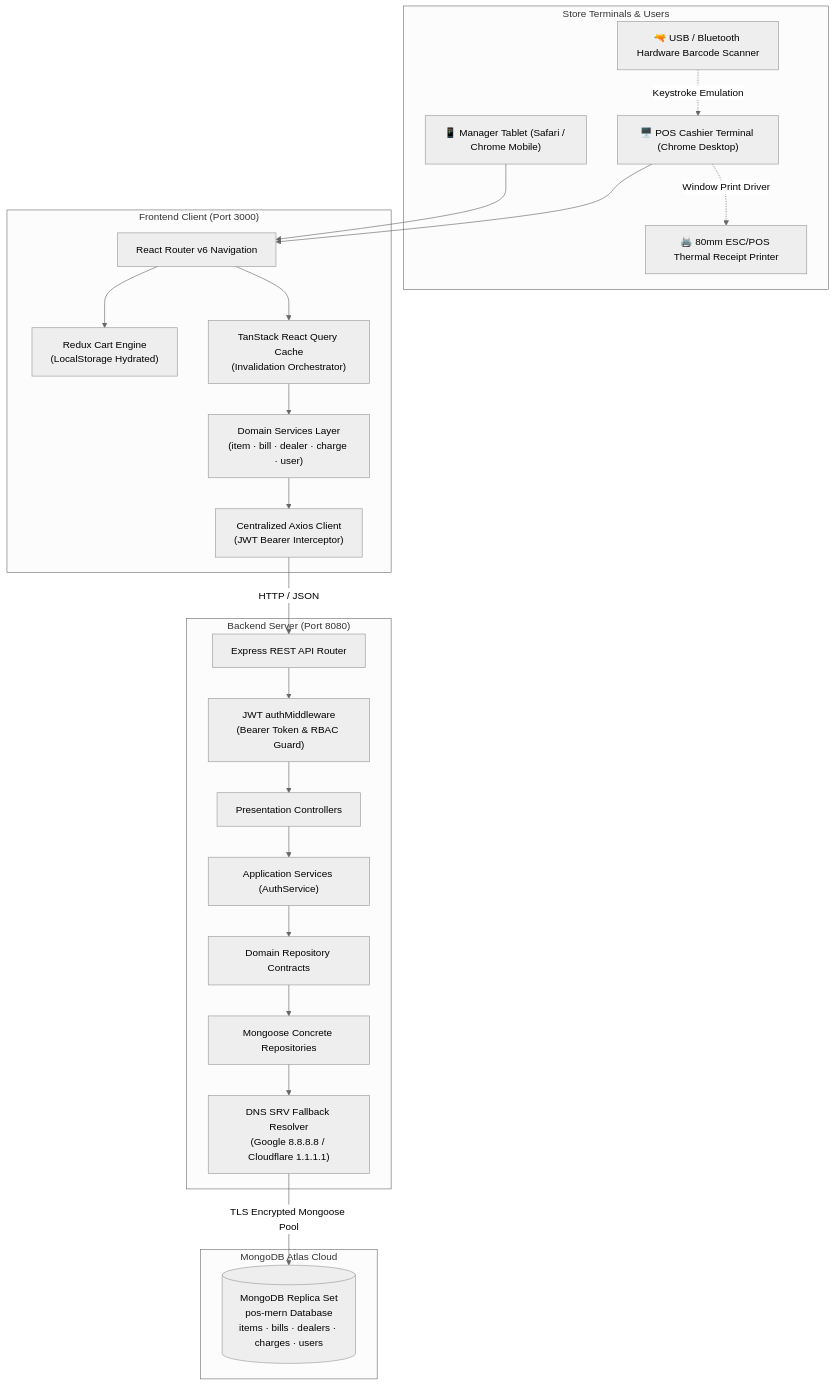
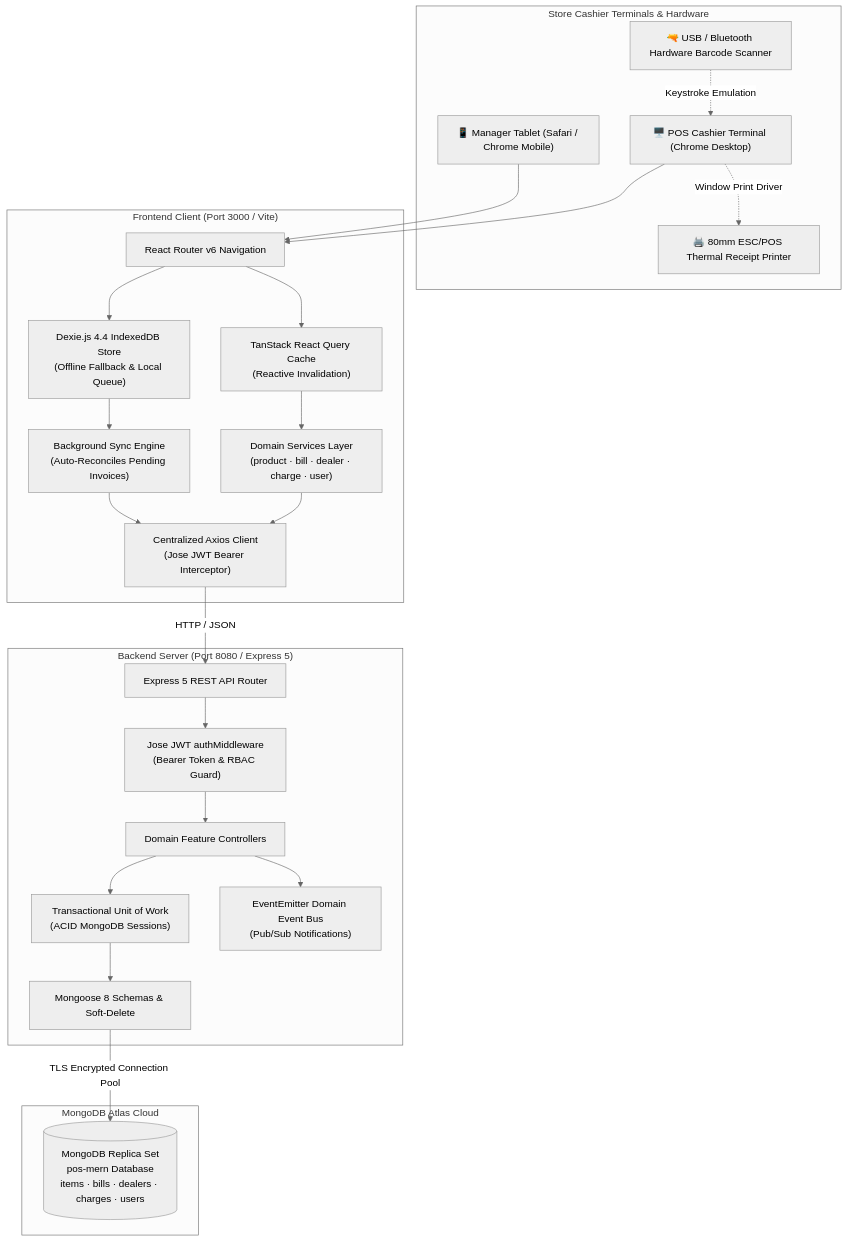
Before and after one commit to Haiderali445/mern-pos: the first of 4 diagrams in README.md, drawn with Mermaid (neutral theme). The commit also changed other lines of this file and 126 other files, not shown here.

Commit message:
feat(monorepo): sync Express 5 modular backend, React 18 client templates, and audit trail drawer

````diff
--- a/README.md
+++ b/README.md
@@ -112,49 +105,50 @@
 ```mermaid
 graph TB
-    subgraph Users["Store Terminals & Users"]
+    subgraph Terminals["Store Cashier Terminals & Hardware"]
         Desktop["🖥️ POS Cashier Terminal (Chrome Desktop)"]
         Tablet["📱 Manager Tablet (Safari / Chrome Mobile)"]
         Scanner["🔫 USB / Bluetooth Hardware Barcode Scanner"]
         Printer["🖨️ 80mm ESC/POS Thermal Receipt Printer"]
         Scanner -.->|Keystroke Emulation| Desktop
         Desktop -.->|Window Print Driver| Printer
     end
 
-    subgraph ClientApp["Frontend Client (Port 3000)"]
+    subgraph ClientApp["Frontend Client (Port 3000 / Vite)"]
         ReactRouter["React Router v6 Navigation"]
-        ReduxCart["Redux Cart Engine\n(LocalStorage Hydrated)"]
-        ReactQuery["TanStack React Query Cache\n(Invalidation Orchestrator)"]
-        Services["Domain Services Layer\n(item · bill · dealer · charge · user)"]
-        Axios["Centralized Axios Client\n(JWT Bearer Interceptor)"]
+        DexieDB["Dexie.js 4.4 IndexedDB Store\n(Offline Fallback & Local Queue)"]
+        SyncEngine["Background Sync Engine\n(Auto-Reconciles Pending Invoices)"]
+        ReactQuery["TanStack React Query Cache\n(Reactive Invalidation)"]
+        Services["Domain Services Layer\n(product · bill · dealer · charge · user)"]
+        Axios["Centralized Axios Client\n(Jose JWT Bearer Interceptor)"]
         
         Desktop --> ReactRouter
         Tablet --> ReactRouter
-        ReactRouter --> ReduxCart
+        ReactRouter --> DexieDB
+        DexieDB --> SyncEngine
         ReactRouter --> ReactQuery
         ReactQuery --> Services
         Services --> Axios
+        SyncEngine --> Axios
     end
 
-    subgraph BackendApp["Backend Server (Port 8080)"]
-        ExpressRouter["Express REST API Router"]
-        SecurityMid["JWT authMiddleware\n(Bearer Token & RBAC Guard)"]
-        Controllers["Presentation Controllers"]
-        AppServices["Application Services (AuthService)"]
-        RepoContracts["Domain Repository Contracts"]
-        MongoRepos["Mongoose Concrete Repositories"]
-        DNSResolver["DNS SRV Fallback Resolver\n(Google 8.8.8.8 / Cloudflare 1.1.1.1)"]
+    subgraph BackendApp["Backend Server (Port 8080 / Express 5)"]
+        ExpressApp["Express 5 REST API Router"]
+        AuthMid["Jose JWT authMiddleware\n(Bearer Token & RBAC Guard)"]
+        Controllers["Domain Feature Controllers"]
+        UOW["Transactional Unit of Work\n(ACID MongoDB Sessions)"]
+        EventBus["EventEmitter Domain Event Bus\n(Pub/Sub Notifications)"]
+        MongoModels["Mongoose 8 Schemas & Soft-Delete"]
 
-        Axios -->|HTTP / JSON| ExpressRouter
-        ExpressRouter --> SecurityMid
-        SecurityMid --> Controllers
-        Controllers --> AppServices
-        AppServices --> RepoContracts
-        RepoContracts --> MongoRepos
-        MongoRepos --> DNSResolver
+        Axios -->|HTTP / JSON| ExpressApp
+        ExpressApp --> AuthMid
+        AuthMid --> Controllers
+        Controllers --> UOW
+        UOW --> MongoModels
+        Controllers --> EventBus
     end
 
     subgraph DatabaseCluster["MongoDB Atlas Cloud"]
         MongoCluster[("MongoDB Replica Set\npos-mern Database\nitems · bills · dealers · charges · users")]
-        DNSResolver -->|TLS Encrypted Mongoose Pool| MongoCluster
+        MongoModels -->|TLS Encrypted Connection Pool| MongoCluster
     end
 ```
````
